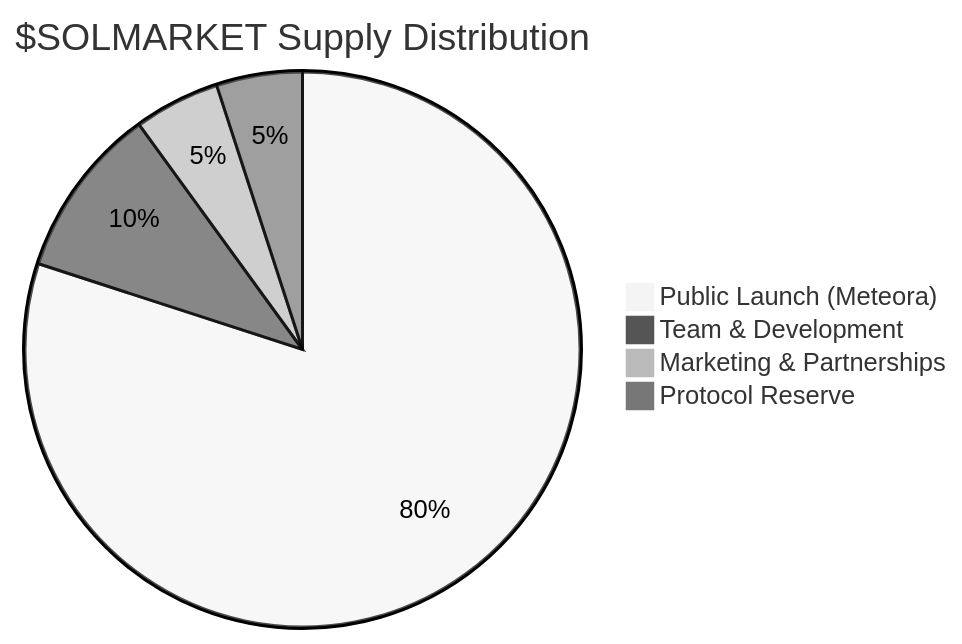
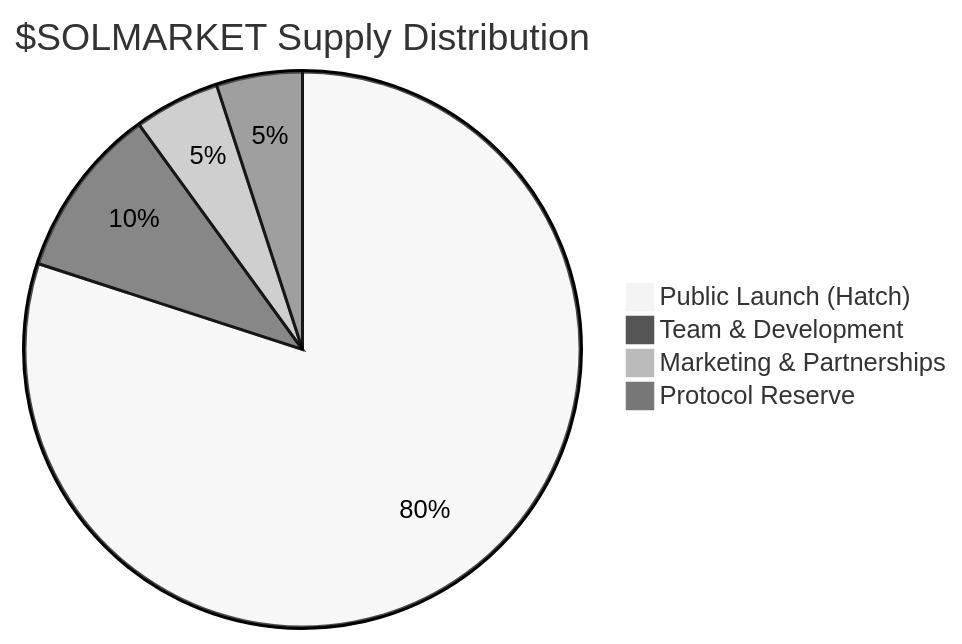
The first of 2 diagrams in token/tokenomics.mdx (SolMarketHub/docs), drawn with Mermaid (neutral theme) before and after one commit. The commit also changed other lines of this file and 16 other files, not shown here.

Commit message:
docs: document Hatch launch and bot architecture

````diff
--- a/token/tokenomics.mdx
+++ b/token/tokenomics.mdx
@@ -20,7 +20,7 @@
 ```mermaid
 pie title $SOLMARKET Supply Distribution
-    "Public Launch (Meteora)" : 80
+    "Public Launch (Hatch)" : 80
     "Team & Development" : 10
     "Marketing & Partnerships" : 5
     "Protocol Reserve" : 5
 ```
````
